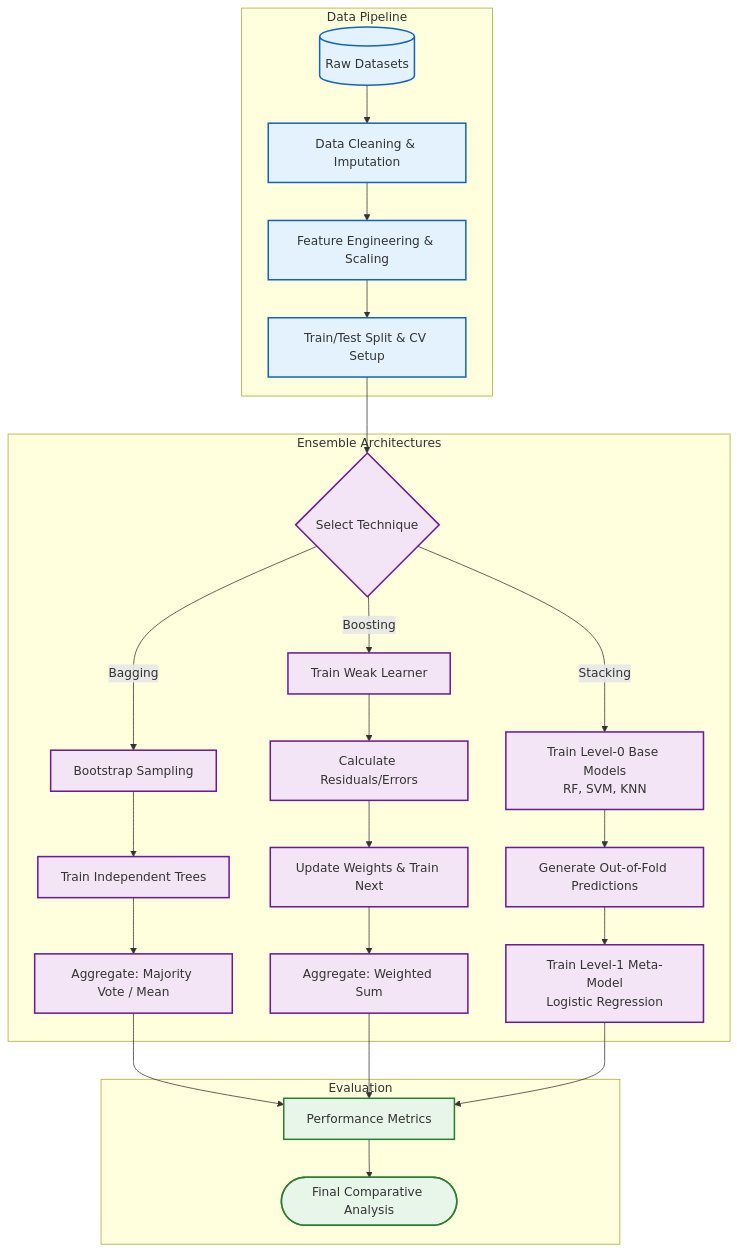
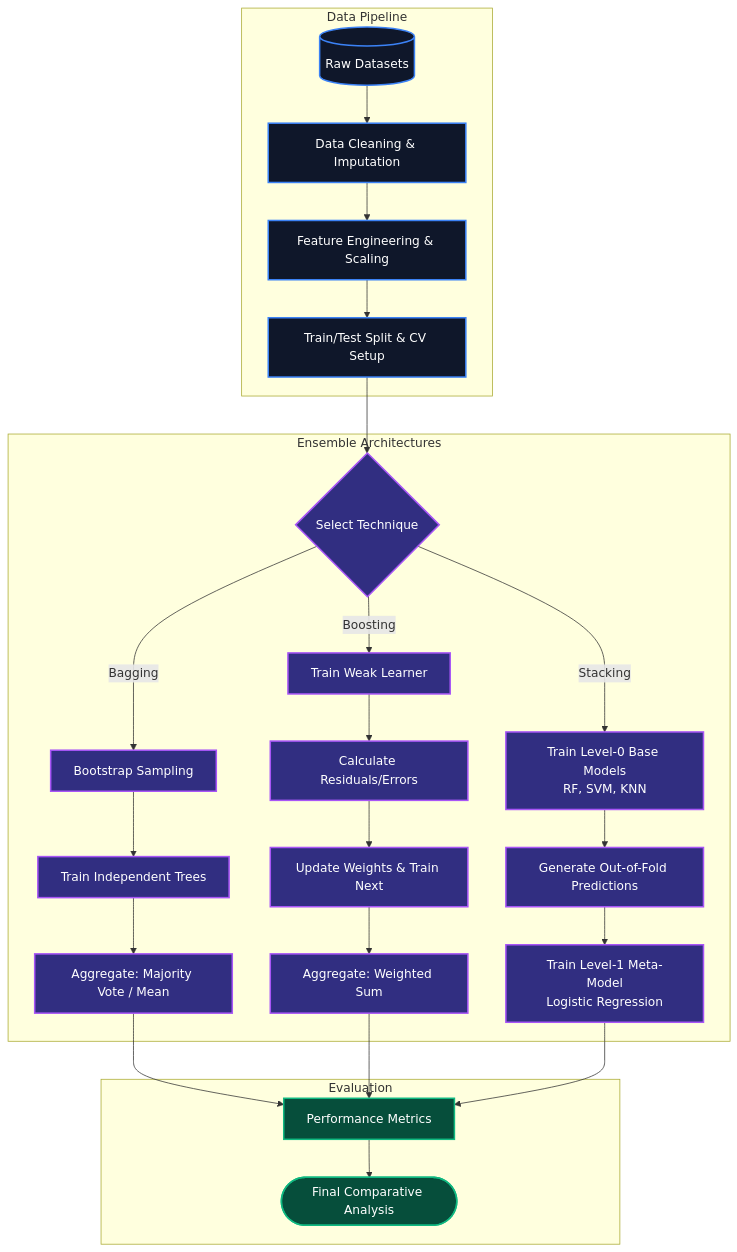
The diagram in README.md (Rupeshbhardwaj002/Implemetation-of-bagging-bossting-and-stacking-), drawn with Mermaid before and after one commit.

````diff
--- a/README.md
+++ b/README.md
@@ -37,43 +37,43 @@
 ```mermaid
 flowchart TB
     subgraph Data Pipeline
         A[(Raw Datasets)] --> B[Data Cleaning & Imputation]
         B --> C[Feature Engineering & Scaling]
         C --> D[Train/Test Split & CV Setup]
     end
 
     subgraph Ensemble Architectures
         D --> E{Select Technique}
         
         %% Bagging
         E -->|Bagging| F[Bootstrap Sampling]
         F --> G[Train Independent Trees]
         G --> H[Aggregate: Majority Vote / Mean]
         
         %% Boosting
         E -->|Boosting| I[Train Weak Learner]
         I --> J[Calculate Residuals/Errors]
         J --> K[Update Weights & Train Next]
         K --> L[Aggregate: Weighted Sum]
         
         %% Stacking
         E -->|Stacking| M[Train Level-0 Base Models<br/>RF, SVM, KNN]
         M --> N[Generate Out-of-Fold Predictions]
         N --> O[Train Level-1 Meta-Model<br/>Logistic Regression]
     end
 
     subgraph Evaluation
         H --> P[Performance Metrics]
         L --> P
         O --> P
         P --> Q([Final Comparative Analysis])
     end
 
-    classDef data fill:#e3f2fd,stroke:#1565c0,stroke-width:2px;
-    classDef ensemble fill:#f3e5f5,stroke:#6a1b9a,stroke-width:2px;
-    classDef eval fill:#e8f5e9,stroke:#2e7d32,stroke-width:2px;
+    classDef data fill:#0f172a,stroke:#3b82f6,stroke-width:2px,color:#ffffff;
+    classDef ensemble fill:#312e81,stroke:#a855f7,stroke-width:2px,color:#ffffff;
+    classDef eval fill:#064e3b,stroke:#10b981,stroke-width:2px,color:#ffffff;
     
     class A,B,C,D data;
     class E,F,G,H,I,J,K,L,M,N,O ensemble;
     class P,Q eval;
 ```
````
